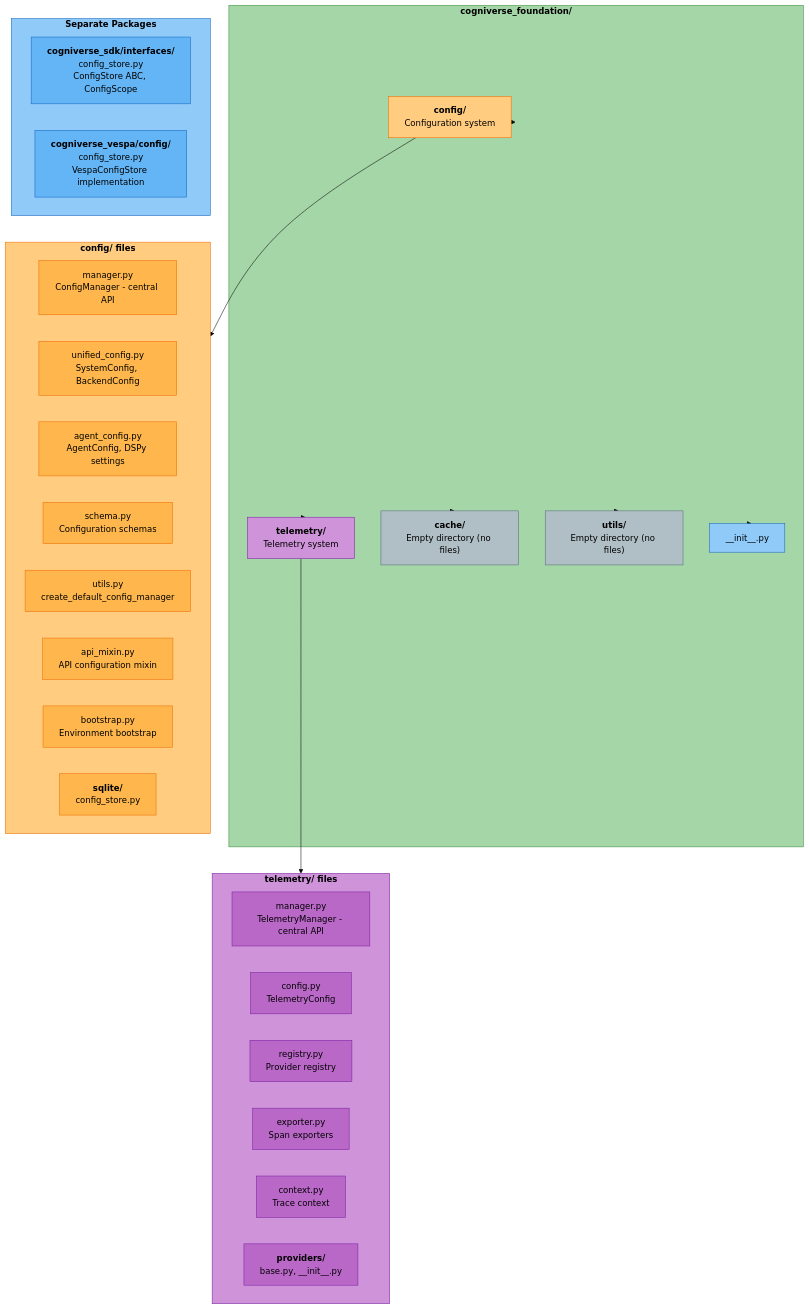
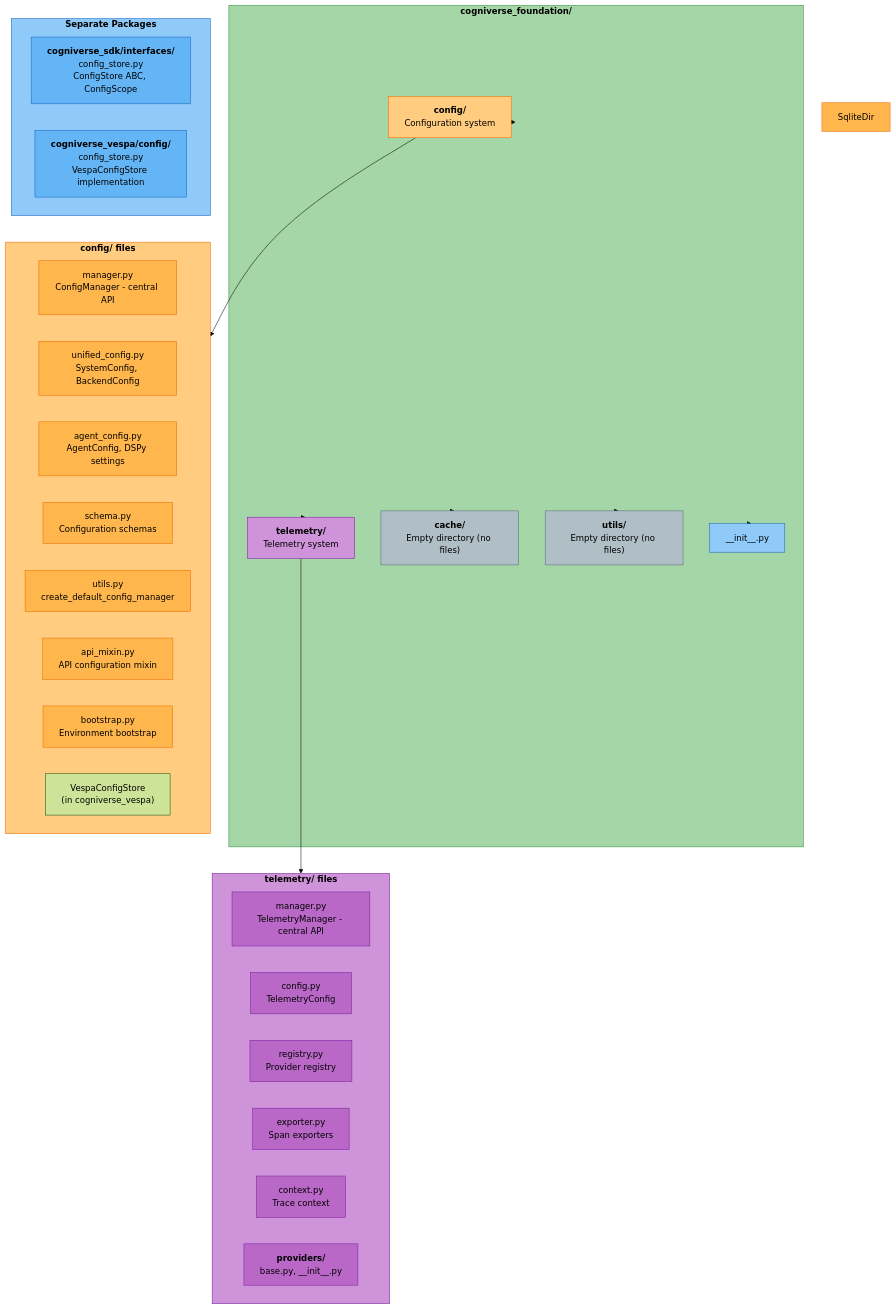
The first of 3 diagrams in docs/modules/foundation.md (amit-jain/cogniverse), drawn with Mermaid (forest theme) before and after one commit. The commit also changed other lines of this file and 19 other files, not shown here.

First line of the commit message:
Fix 38 test failures, delete dead SQLiteConfigStore and stale test files

````diff
--- a/docs/modules/foundation.md
+++ b/docs/modules/foundation.md
@@ -40,70 +40,70 @@
 ```mermaid
 flowchart TB
     subgraph Foundation["<span style='color:#000'><b>cogniverse_foundation/</b></span>"]
         ConfigDir["<span style='color:#000'><b>config/</b><br/>Configuration system</span>"]
         TelemetryDir["<span style='color:#000'><b>telemetry/</b><br/>Telemetry system</span>"]
         CacheDir["<span style='color:#000'><b>cache/</b><br/>Empty directory (no files)</span>"]
         UtilsDir["<span style='color:#000'><b>utils/</b><br/>Empty directory (no files)</span>"]
         InitPy["<span style='color:#000'>__init__.py</span>"]
     end
 
     subgraph ConfigFiles["<span style='color:#000'><b>config/ files</b></span>"]
         Manager["<span style='color:#000'>manager.py<br/>ConfigManager - central API</span>"]
         UnifiedConfigFile["<span style='color:#000'>unified_config.py<br/>SystemConfig, BackendConfig</span>"]
         AgentConfigFile["<span style='color:#000'>agent_config.py<br/>AgentConfig, DSPy settings</span>"]
         Schema["<span style='color:#000'>schema.py<br/>Configuration schemas</span>"]
         Utils["<span style='color:#000'>utils.py<br/>create_default_config_manager</span>"]
         ApiMixin["<span style='color:#000'>api_mixin.py<br/>API configuration mixin</span>"]
         Bootstrap["<span style='color:#000'>bootstrap.py<br/>Environment bootstrap</span>"]
-        SqliteDir["<span style='color:#000'><b>sqlite/</b><br/>config_store.py</span>"]
+        VespaStore["<span style='color:#000'>VespaConfigStore<br/>(in cogniverse_vespa)</span>"]
     end
 
     subgraph TelemetryFiles["<span style='color:#000'><b>telemetry/ files</b></span>"]
         TelManager["<span style='color:#000'>manager.py<br/>TelemetryManager - central API</span>"]
         TelConfig["<span style='color:#000'>config.py<br/>TelemetryConfig</span>"]
         Registry["<span style='color:#000'>registry.py<br/>Provider registry</span>"]
         Exporter["<span style='color:#000'>exporter.py<br/>Span exporters</span>"]
         Context["<span style='color:#000'>context.py<br/>Trace context</span>"]
         ProvidersDir["<span style='color:#000'><b>providers/</b><br/>base.py, __init__.py</span>"]
     end
 
     subgraph SeparatePackages["<span style='color:#000'><b>Separate Packages</b></span>"]
         SDKInterface["<span style='color:#000'><b>cogniverse_sdk/interfaces/</b><br/>config_store.py<br/>ConfigStore ABC, ConfigScope</span>"]
         VespaImpl["<span style='color:#000'><b>cogniverse_vespa/config/</b><br/>config_store.py<br/>VespaConfigStore implementation</span>"]
     end
 
     Foundation --> ConfigDir
     Foundation --> TelemetryDir
     Foundation --> CacheDir
     Foundation --> UtilsDir
     Foundation --> InitPy
 
     ConfigDir --> ConfigFiles
     TelemetryDir --> TelemetryFiles
 
     style Foundation fill:#a5d6a7,stroke:#388e3c,color:#000
     style ConfigDir fill:#ffcc80,stroke:#ef6c00,color:#000
     style TelemetryDir fill:#ce93d8,stroke:#7b1fa2,color:#000
     style CacheDir fill:#b0bec5,stroke:#546e7a,color:#000
     style UtilsDir fill:#b0bec5,stroke:#546e7a,color:#000
     style InitPy fill:#90caf9,stroke:#1565c0,color:#000
     style ConfigFiles fill:#ffcc80,stroke:#ef6c00,color:#000
     style TelemetryFiles fill:#ce93d8,stroke:#7b1fa2,color:#000
     style SeparatePackages fill:#90caf9,stroke:#1565c0,color:#000
     style Manager fill:#ffb74d,stroke:#ef6c00,color:#000
     style UnifiedConfigFile fill:#ffb74d,stroke:#ef6c00,color:#000
     style AgentConfigFile fill:#ffb74d,stroke:#ef6c00,color:#000
     style Schema fill:#ffb74d,stroke:#ef6c00,color:#000
     style Utils fill:#ffb74d,stroke:#ef6c00,color:#000
     style ApiMixin fill:#ffb74d,stroke:#ef6c00,color:#000
     style Bootstrap fill:#ffb74d,stroke:#ef6c00,color:#000
     style SqliteDir fill:#ffb74d,stroke:#ef6c00,color:#000
     style TelManager fill:#ba68c8,stroke:#7b1fa2,color:#000
     style TelConfig fill:#ba68c8,stroke:#7b1fa2,color:#000
     style Registry fill:#ba68c8,stroke:#7b1fa2,color:#000
     style Exporter fill:#ba68c8,stroke:#7b1fa2,color:#000
     style Context fill:#ba68c8,stroke:#7b1fa2,color:#000
     style ProvidersDir fill:#ba68c8,stroke:#7b1fa2,color:#000
     style SDKInterface fill:#64b5f6,stroke:#1565c0,color:#000
     style VespaImpl fill:#64b5f6,stroke:#1565c0,color:#000
 ```
````
